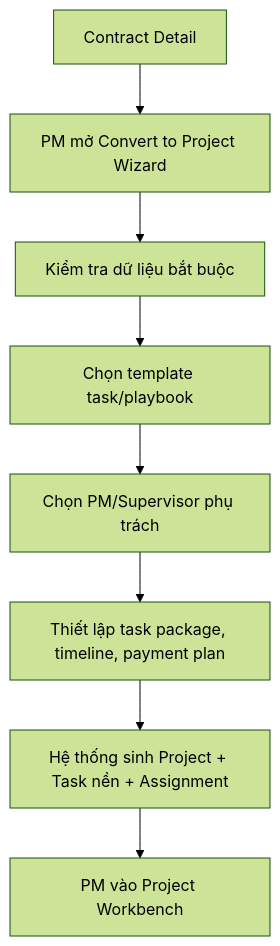
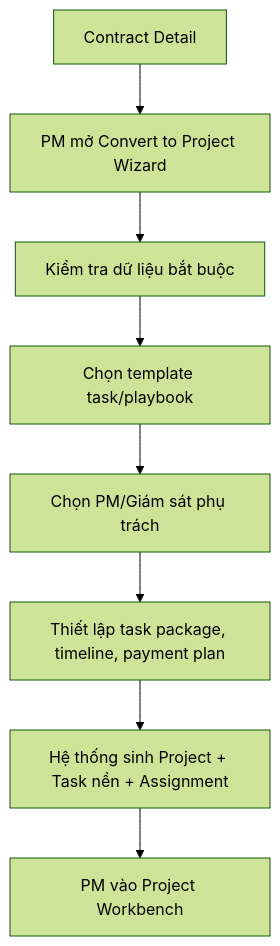
One commit to dungnt118/sira-thi-cong changed the third of 8 diagrams in documents/BA-V4/03-UI-UX-Design/PM/User_Flows_PM_v4.md. Above: the diagram before and after it, drawn with Mermaid (forest theme). The commit also changed other lines of this file and 56 other files, not shown here.

````diff
--- a/documents/BA-V4/03-UI-UX-Design/PM/User_Flows_PM_v4.md
+++ b/documents/BA-V4/03-UI-UX-Design/PM/User_Flows_PM_v4.md
@@ -59,10 +59,10 @@
 ```mermaid
 flowchart TD
   A["Contract Detail"] --> B["PM mở Convert to Project Wizard"]
   B --> C["Kiểm tra dữ liệu bắt buộc"]
   C --> D["Chọn template task/playbook"]
-  D --> E["Chọn PM/Supervisor phụ trách"]
+  D --> E["Chọn PM/Giám sát phụ trách"]
   E --> F["Thiết lập task package, timeline, payment plan"]
   F --> G["Hệ thống sinh Project + Task nền + Assignment"]
   G --> H["PM vào Project Workbench"]
 ```
````
